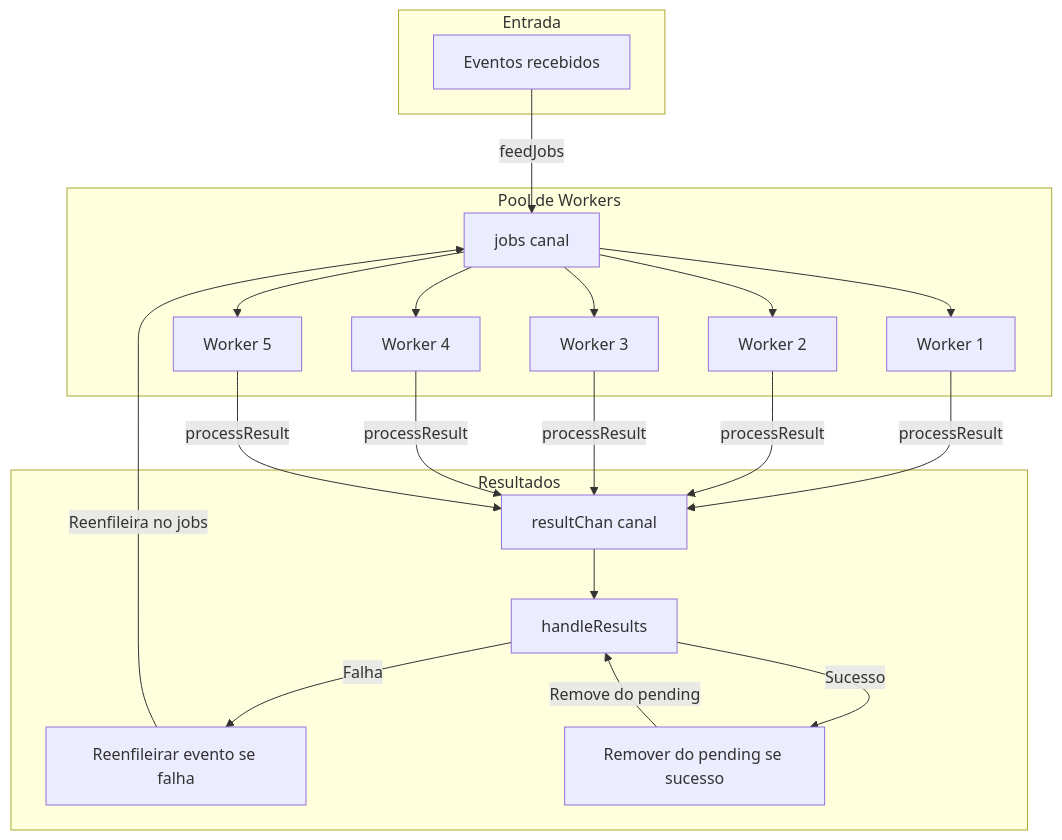
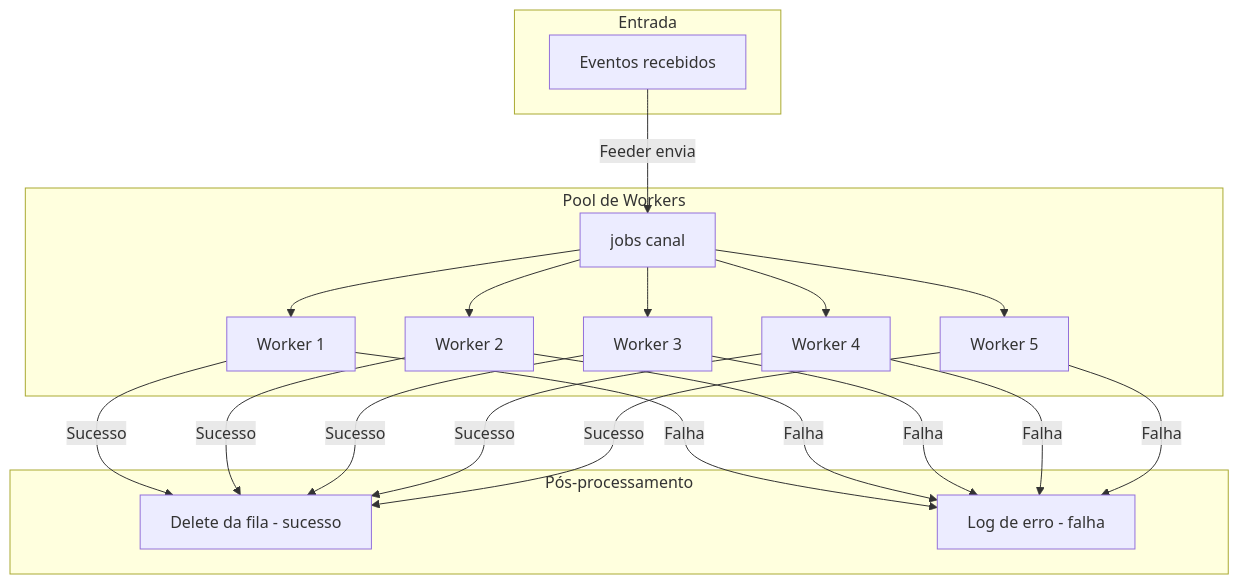
The diagram in docs/workerpool-flow.md (brunojet/go-signserver-worker), drawn with Mermaid before and after one commit. The commit also changed other lines of this file and 4 other files, not shown here.

````diff
--- a/docs/workerpool-flow.md
+++ b/docs/workerpool-flow.md
@@ -3,37 +3,35 @@
 ```mermaid
 graph TD
     subgraph Entrada
         A[Eventos recebidos]
     end
     subgraph Pool de Workers
         B[jobs canal]
         C1[Worker 1]
         C2[Worker 2]
         C3[Worker 3]
         C4[Worker 4]
         C5[Worker 5]
     end
-    subgraph Resultados
-        D[resultChan canal]
-        E[handleResults]
-        F[Reenfileirar evento se falha]
-        G[Remover do pending se sucesso]
+    subgraph Pós-processamento
+        D1[Delete da fila - sucesso]
+        D2[Log de erro - falha]
     end
 
-    A -->|feedJobs| B
+    A -->|Feeder envia| B
     B --> C1
     B --> C2
     B --> C3
     B --> C4
     B --> C5
-    C1 -->|processResult| D
-    C2 -->|processResult| D
-    C3 -->|processResult| D
-    C4 -->|processResult| D
-    C5 -->|processResult| D
-    D --> E
-    E -->|Sucesso| G
-    E -->|Falha| F
-    F -->|Reenfileira no jobs| B
-    G -->|Remove do pending| E
+    C1 -->|Sucesso| D1
+    C2 -->|Sucesso| D1
+    C3 -->|Sucesso| D1
+    C4 -->|Sucesso| D1
+    C5 -->|Sucesso| D1
+    C1 -->|Falha| D2
+    C2 -->|Falha| D2
+    C3 -->|Falha| D2
+    C4 -->|Falha| D2
+    C5 -->|Falha| D2
 ```
````
